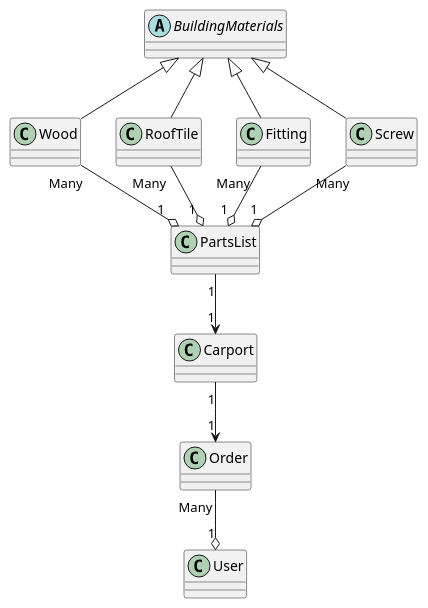
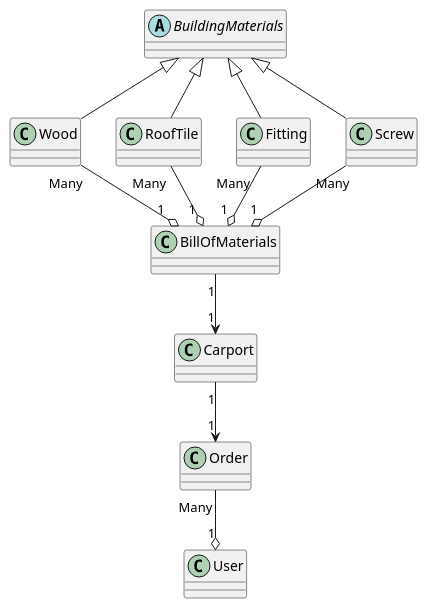
One commit to EmmsDK/Fog-projekt changed the diagram in src/main/resources/DomainModel.puml. Above: the diagram before and after it, drawn with PlantUML. The commit also changed 4 other files, not shown here.

```diff
--- a/src/main/resources/DomainModel.puml
+++ b/src/main/resources/DomainModel.puml
@@ -1,25 +1,25 @@
 @startuml
 Class User
 
 
 Abstract Class BuildingMaterials
 Class Wood extends BuildingMaterials
 Class RoofTile extends BuildingMaterials
 Class Fitting extends BuildingMaterials
 Class Screw extends BuildingMaterials
 
-Class PartsList
+Class BillOfMaterials
 
 Class Carport
 Class Order
 
-Wood "Many "--o "1 "PartsList
-Fitting "Many "--o "1 " PartsList
-RoofTile "Many "--o "1 " PartsList
-Screw "Many "--o "1 " PartsList
-PartsList "1"--> "1"Carport
+Wood "Many "--o "1 "BillOfMaterials
+Fitting "Many "--o "1 " BillOfMaterials
+RoofTile "Many "--o "1 " BillOfMaterials
+Screw "Many "--o "1 " BillOfMaterials
+BillOfMaterials "1"--> "1"Carport
 Carport "1"-->"1" Order
 Order "Many"--o "1"User
 
 
 @enduml
```
